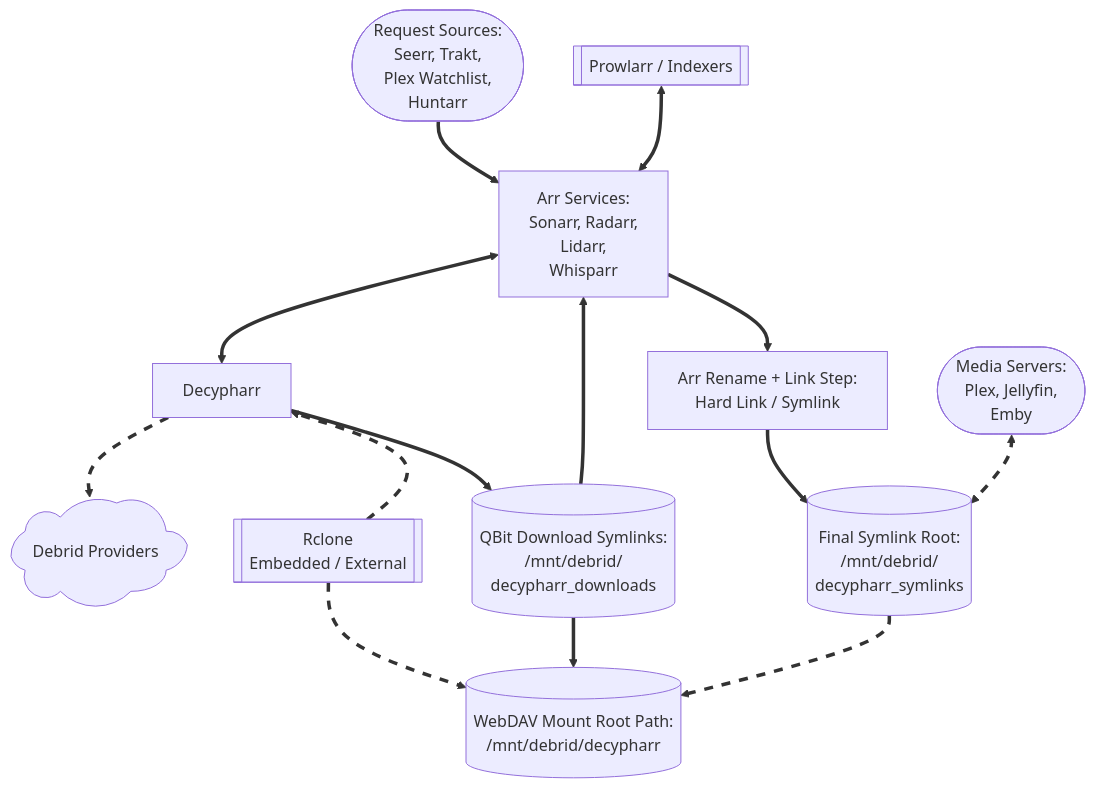
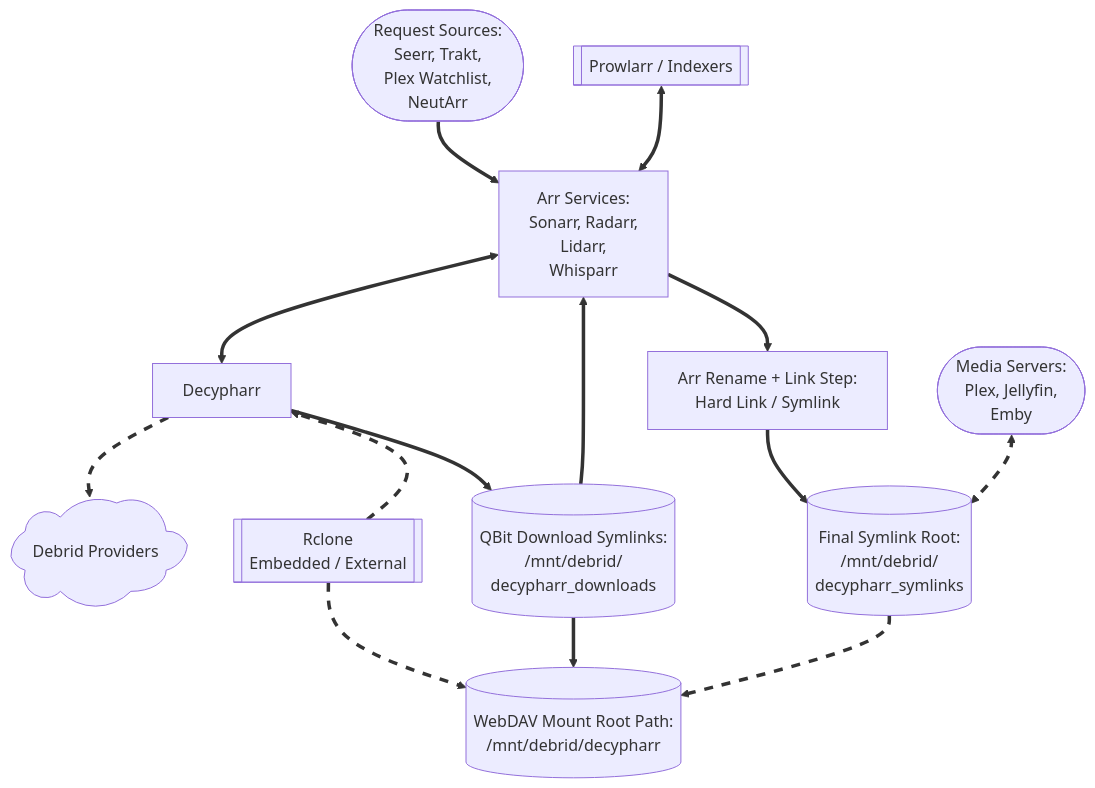
The diagram in docs/services/core/decypharr.md (I-am-PUID-0/DUMB_docs), drawn with Mermaid before and after one commit. The commit also changed other lines of this file and 22 other files, not shown here.

````diff
--- a/docs/services/core/decypharr.md
+++ b/docs/services/core/decypharr.md
@@ -14,39 +14,39 @@
 ```mermaid
 %%{ init: { "flowchart": { "curve": "basis" } } }%%
 flowchart TD
-    A([Request Sources:<br/>Seerr, Trakt,<br/>Plex Watchlist,<br/>Huntarr])
+    A([Request Sources:<br/>Seerr, Trakt,<br/>Plex Watchlist,<br/>NeutArr])
     B[Arr Services:<br/>Sonarr, Radarr,<br/>Lidarr,<br/>Whisparr]
     C[[Prowlarr / Indexers]]
     D[Decypharr]
     E@{shape: cloud, label: "Debrid Providers"}
     F[[Rclone<br/>Embedded / External]]
     G[(WebDAV Mount Root Path:<br/>/mnt/debrid/decypharr)]
     H[(QBit Download Symlinks:<br/>/mnt/debrid/<br/>decypharr_downloads)]
     I[Arr Rename + Link Step:<br/>Hard Link / Symlink]
     J[(Final Symlink Root:<br/>/mnt/debrid/<br/>decypharr_symlinks)]
     K([Media Servers:<br/>Plex, Jellyfin,<br/>Emby])
 
     E === D
     D === F
     linkStyle 0 stroke:transparent,stroke-width:0;
     linkStyle 1 stroke:transparent,stroke-width:0;
 
     A ==> B
     C <==> B
     B <==> D
     D e1@==> E
     F e2@==> D
     F e3@==> G
     D ==> H
     H ==> G
     H ==> B
     B ==> I
     I ==> J
     J e4@==> G
     K e5@<==> J
 
 
     classDef animate stroke-dasharray: 9,5,stroke-dashoffset: 900,animation: dash 25s linear infinite;
     class e1,e2,e3,e4,e5 animate
         
 ```
````
